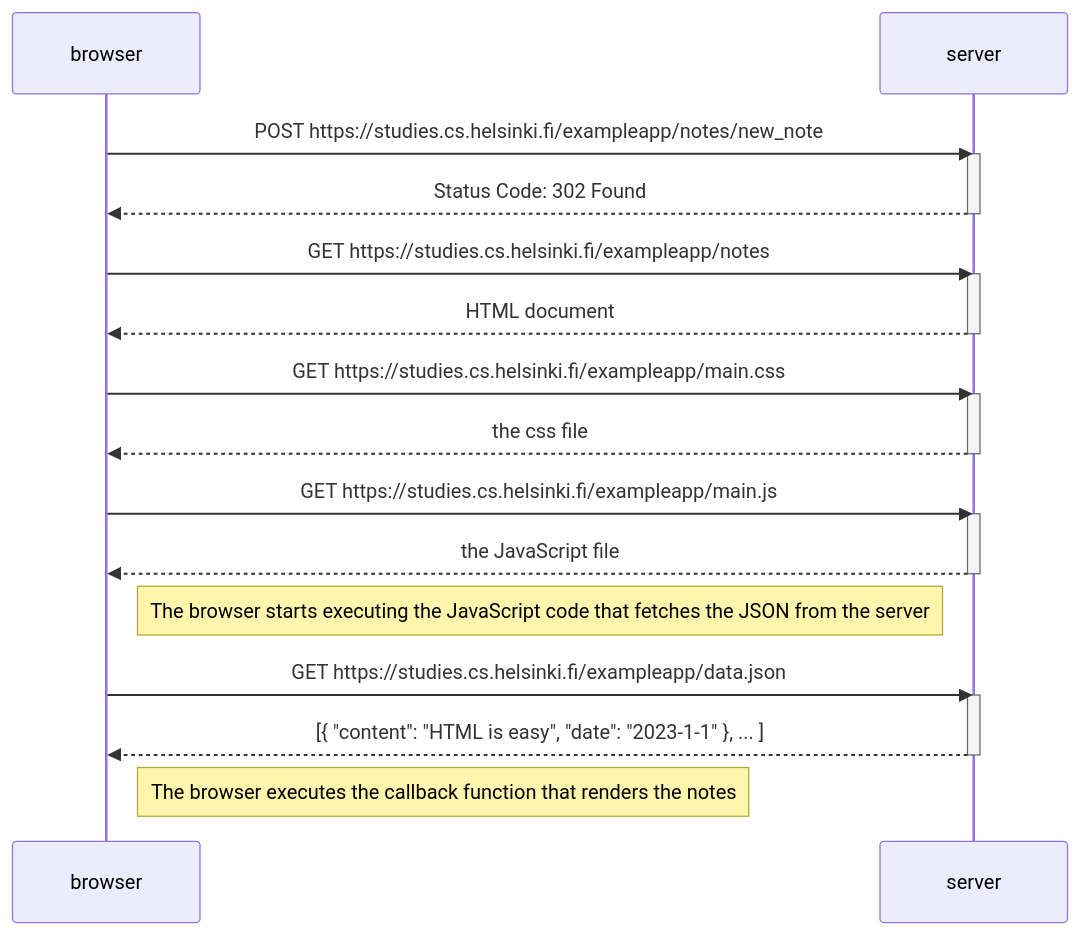
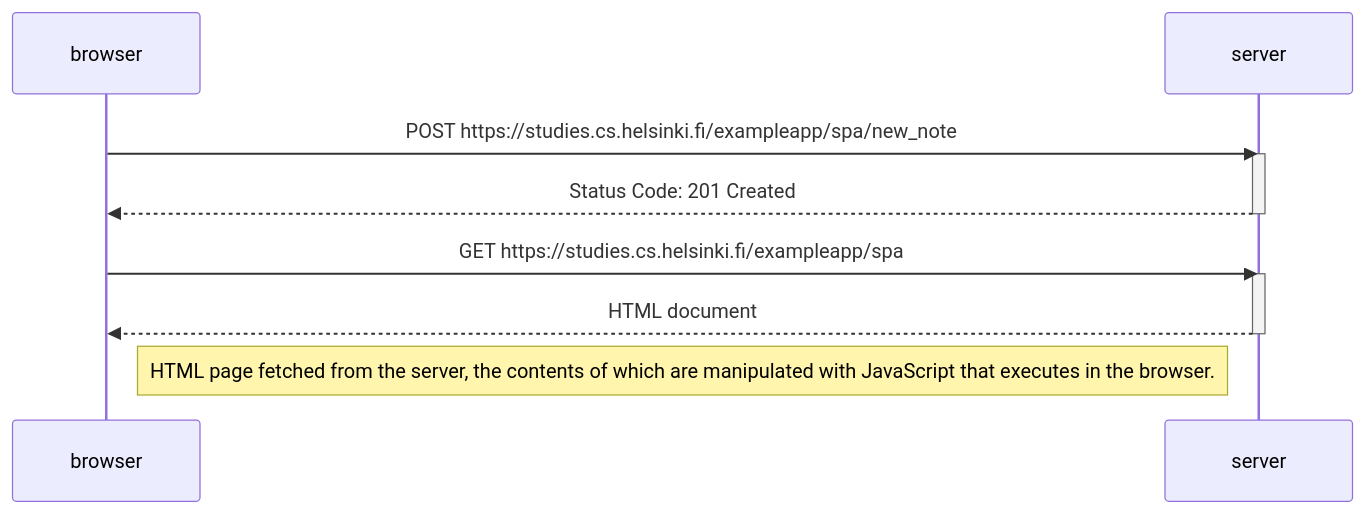
Before and after one commit to aleks8/fullstackopen: the diagram in part 0/[0.6]-new-note-in-spa.md, drawn with Mermaid.

````diff
--- a/part 0/[0.6]-new-note-in-spa.md
+++ b/part 0/[0.6]-new-note-in-spa.md
@@ -1,34 +1,17 @@
 ```mermaid
 sequenceDiagram
     participant browser
     participant server
 
-    browser->>server: POST https://studies.cs.helsinki.fi/exampleapp/notes/new_note
+    browser->>server: POST https://studies.cs.helsinki.fi/exampleapp/spa/new_note
     activate server
-    server-->>browser: Status Code: 302 Found
+    server-->>browser: Status Code: 201 Created
     deactivate server
 
-    browser->>server: GET https://studies.cs.helsinki.fi/exampleapp/notes
+    browser->>server: GET https://studies.cs.helsinki.fi/exampleapp/spa
     activate server
     server-->>browser: HTML document
     deactivate server
 
-    browser->>server: GET https://studies.cs.helsinki.fi/exampleapp/main.css
-    activate server
-    server-->>browser: the css file
-    deactivate server
-
-    browser->>server: GET https://studies.cs.helsinki.fi/exampleapp/main.js
-    activate server
-    server-->>browser: the JavaScript file
-    deactivate server
-
-    Note right of browser: The browser starts executing the JavaScript code that fetches the JSON from the server
-
-    browser->>server: GET https://studies.cs.helsinki.fi/exampleapp/data.json
-    activate server
-    server-->>browser: [{ "content": "HTML is easy", "date": "2023-1-1" }, ... ]
-    deactivate server
-
-    Note right of browser: The browser executes the callback function that renders the notes
+    Note right of browser: HTML page fetched from the server, the contents of which are manipulated with JavaScript that executes in the browser.
 ```
````
